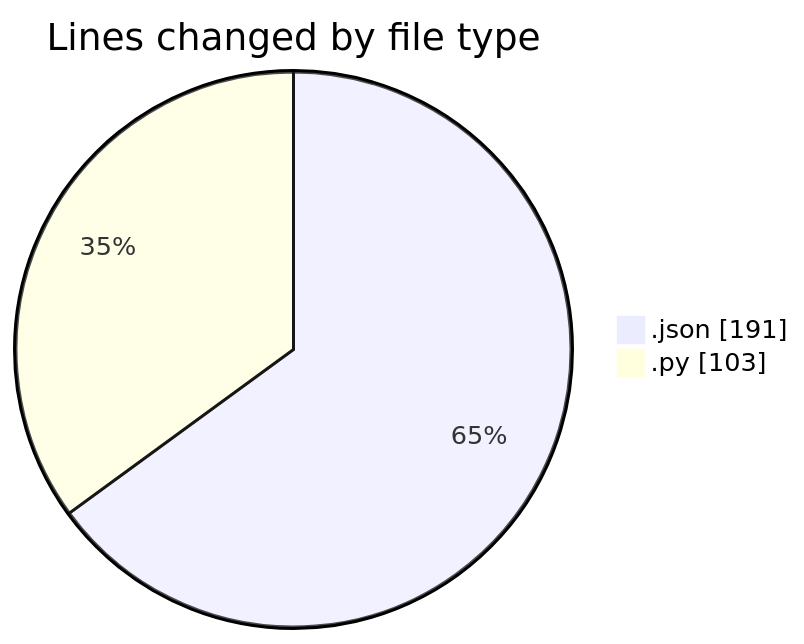
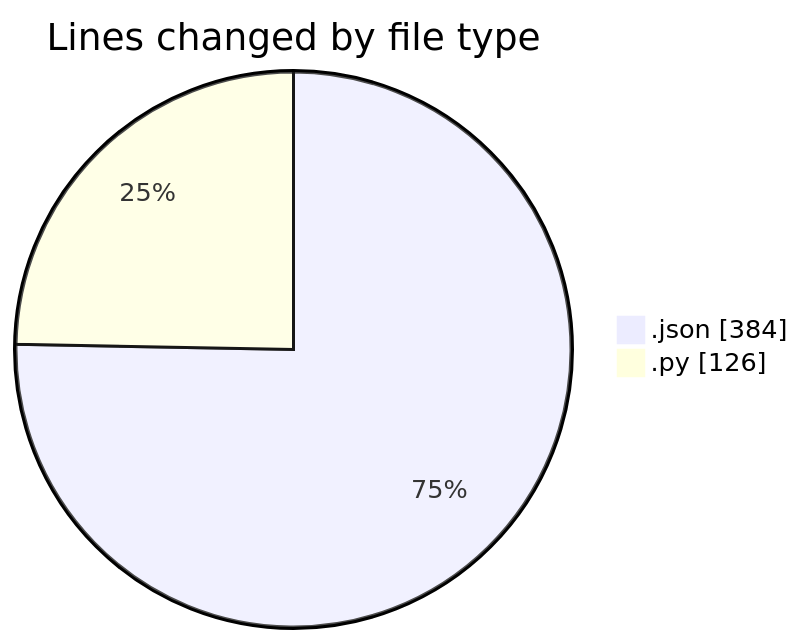
Before and after one commit to Ritupan-Deka/code-tracking: the first of 2 diagrams in 2026-01-02/dsa/README.md, drawn with Mermaid. The commit also changed other lines of this file and 1 other file, not shown here.

````diff
--- a/2026-01-02/dsa/README.md
+++ b/2026-01-02/dsa/README.md
@@ -22,6 +22,6 @@
 ```mermaid
 pie showData
 title Lines changed by file type
-".json" : 191
-".py" : 103
+".json" : 384
+".py" : 126
 ```
````
